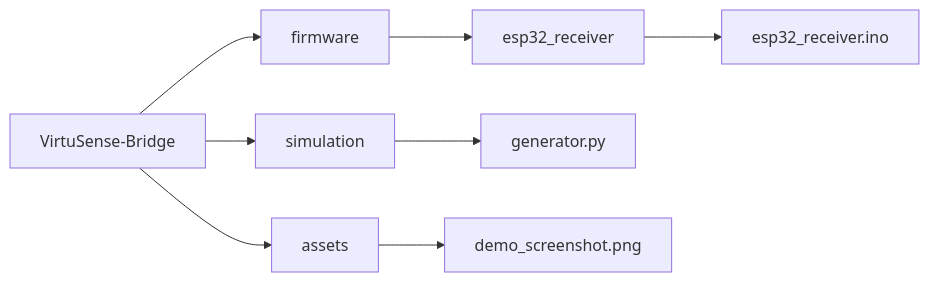
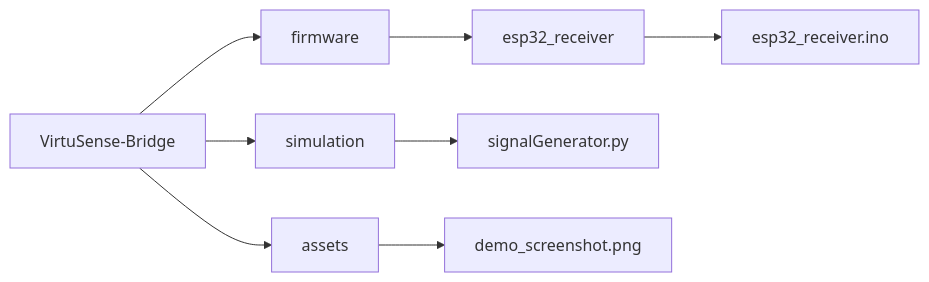
One commit to ShahilPatel-IITDh/VirtuSense-Bridge changed the second of 2 diagrams in README.md. Above: the diagram before and after it, drawn with Mermaid. The commit also changed other lines of this file and 1 other file, not shown here.

Commit message:
Updated ESP32 source code for interfacing with Python script (Virtual Signal Generator)

````diff
--- a/README.md
+++ b/README.md
@@ -53,11 +53,11 @@
 ```mermaid
 graph LR
     A[VirtuSense-Bridge]
     A --> B[firmware]
     A --> C[simulation]
     A --> D[assets]
     B --> E[esp32_receiver]
     E --> F[esp32_receiver.ino]
-    C --> G[generator.py]
+    C --> G[signalGenerator.py]
     D --> H[demo_screenshot.png]
 ```
````
